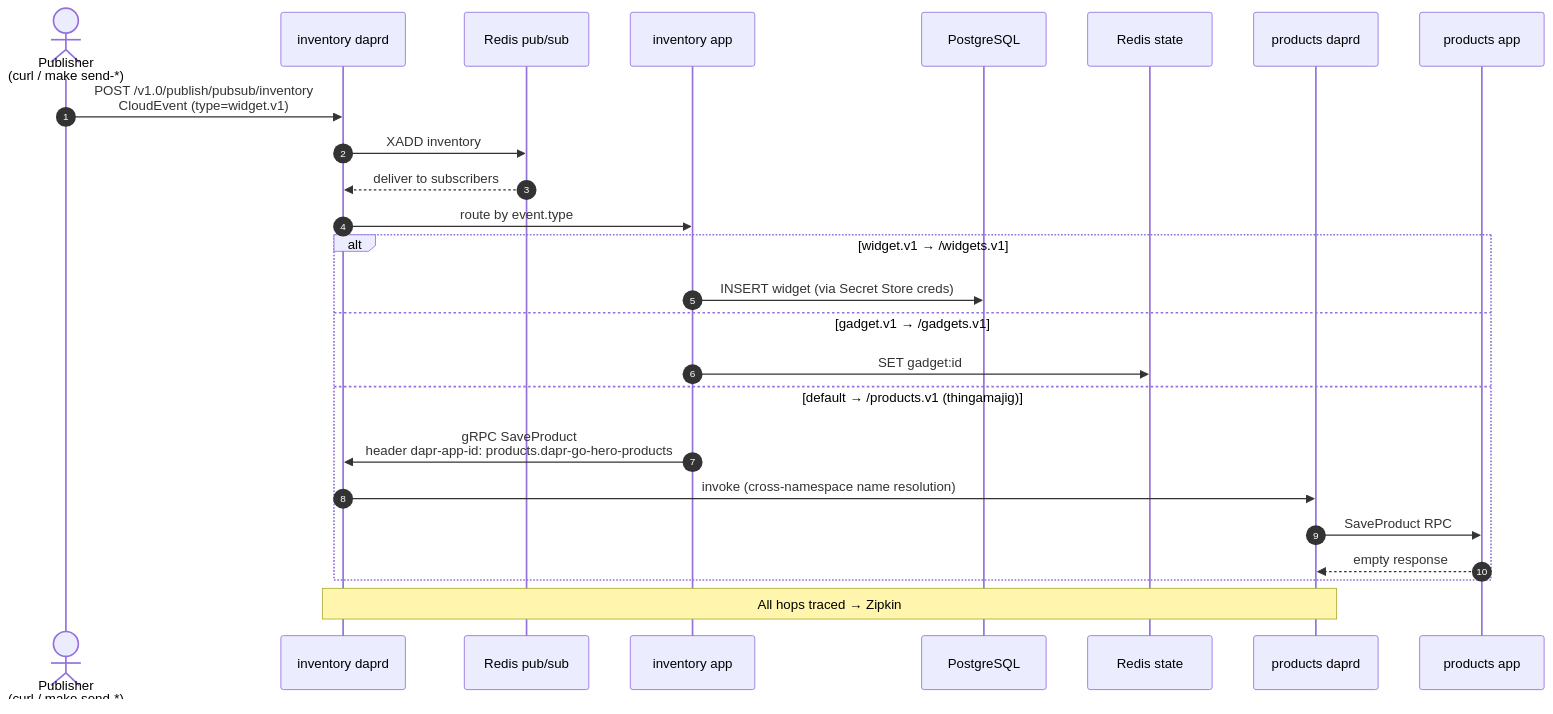
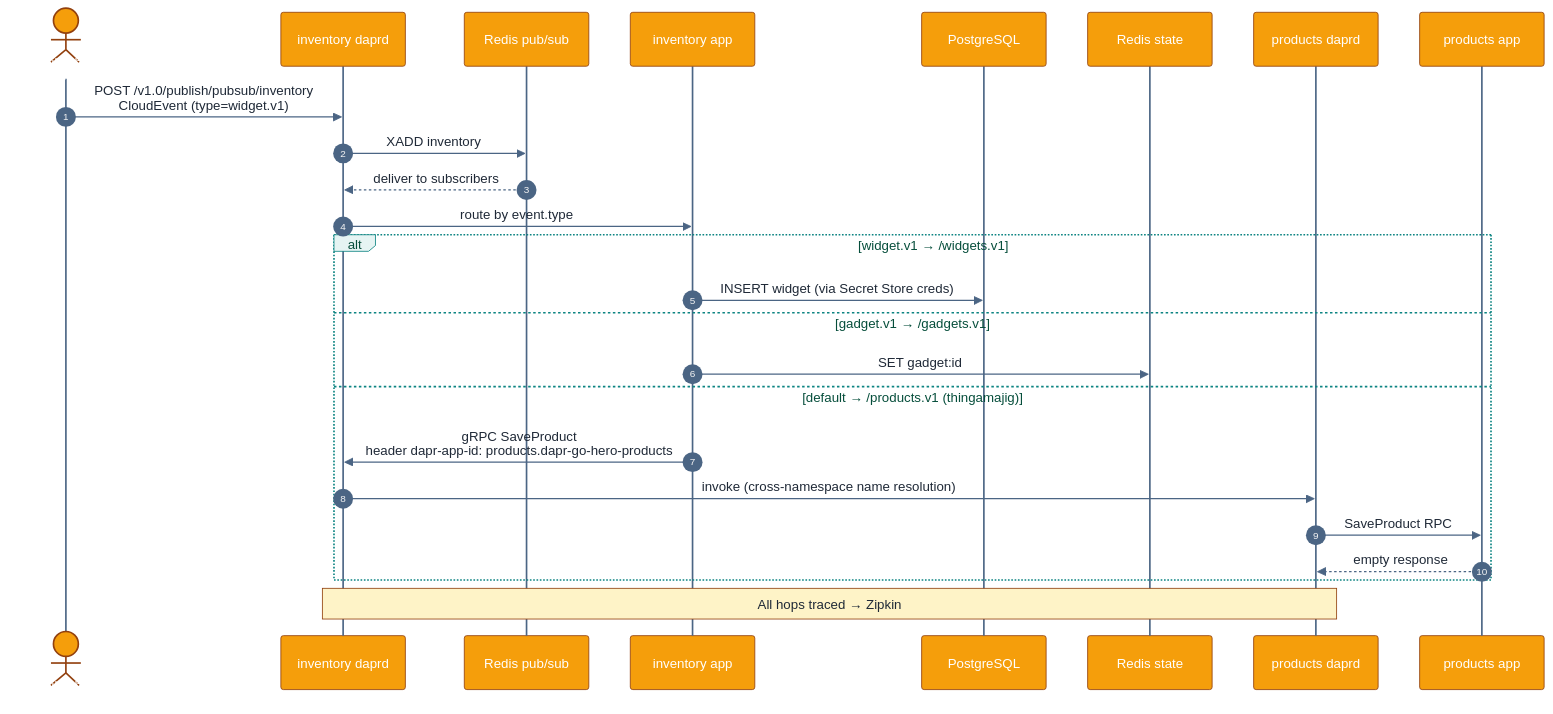
One commit to AndriyKalashnykov/dapr-go-hero changed the second of 2 diagrams in README.md. Above: the diagram before and after it, drawn with Mermaid. The commit also changed other lines of this file, not shown here.

First line of the commit message:
docs: apply Dapr-aligned color scheme to Mermaid diagrams

````diff
--- a/README.md
+++ b/README.md
@@ -315,30 +330,31 @@
 ```mermaid
+%%{init: {'theme':'base','themeVariables':{'fontFamily':'ui-sans-serif, system-ui, sans-serif','primaryColor':'#0D8482','primaryTextColor':'#fff','primaryBorderColor':'#064E3B','actorBkg':'#F59E0B','actorBorder':'#92400E','actorTextColor':'#fff','actorLineColor':'#4B6584','signalColor':'#4B6584','signalTextColor':'#1F2937','labelBoxBkgColor':'#E6F4F3','labelBoxBorderColor':'#0D8482','labelTextColor':'#064E3B','loopTextColor':'#064E3B','noteBkgColor':'#FEF3C7','noteBorderColor':'#92400E','noteTextColor':'#1F2937','altBackground':'#F5F7FA'}}}%%
 sequenceDiagram
   autonumber
   actor Pub as Publisher<br/>(curl / make send-*)
   participant IDaprd as inventory daprd
   participant Redis as Redis pub/sub
   participant IApp as inventory app
   participant PG as PostgreSQL
   participant RState as Redis state
   participant PDaprd as products daprd
   participant PApp as products app
 
   Pub->>IDaprd: POST /v1.0/publish/pubsub/inventory<br/>CloudEvent (type=widget.v1)
   IDaprd->>Redis: XADD inventory
   Redis-->>IDaprd: deliver to subscribers
   IDaprd->>IApp: route by event.type
 
   alt widget.v1 → /widgets.v1
     IApp->>PG: INSERT widget (via Secret Store creds)
   else gadget.v1 → /gadgets.v1
     IApp->>RState: SET gadget:id
   else default → /products.v1 (thingamajig)
     IApp->>IDaprd: gRPC SaveProduct<br/>header dapr-app-id: products.dapr-go-hero-products
     IDaprd->>PDaprd: invoke (cross-namespace name resolution)
     PDaprd->>PApp: SaveProduct RPC
     PApp-->>PDaprd: empty response
   end
 
   Note over IDaprd,PDaprd: All hops traced → Zipkin
 ```
````
